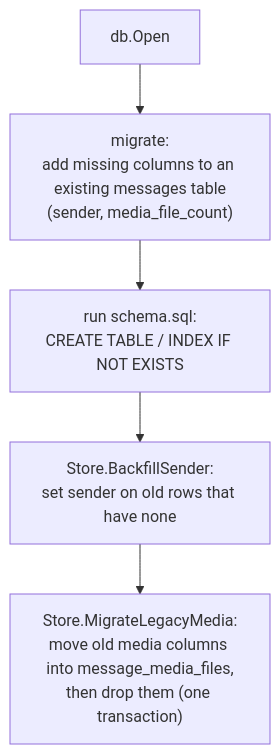
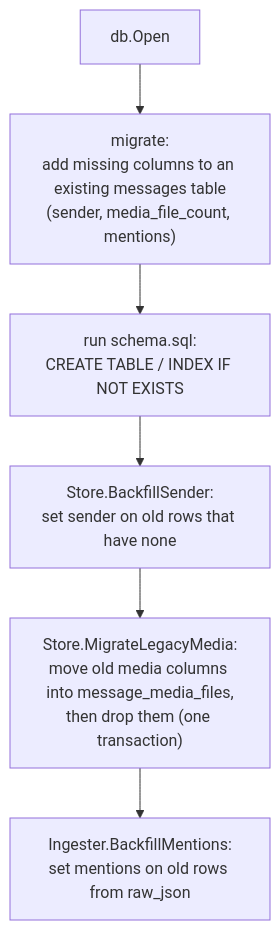
The third of 3 diagrams in docs/DATABASE.md (tongtianqi777/seth-ingestion), drawn with Mermaid before and after one commit. The commit also changed other lines of this file and 9 other files, not shown here.

````diff
--- a/docs/DATABASE.md
+++ b/docs/DATABASE.md
@@ -351,7 +354,8 @@
 ```mermaid
 flowchart TD
-    Open["db.Open"] --> Migrate["migrate:<br/>add missing columns to an existing messages table<br/>(sender, media_file_count)"]
+    Open["db.Open"] --> Migrate["migrate:<br/>add missing columns to an existing messages table<br/>(sender, media_file_count, mentions)"]
     Migrate --> Schema["run schema.sql:<br/>CREATE TABLE / INDEX IF NOT EXISTS"]
     Schema --> Sender["Store.BackfillSender:<br/>set sender on old rows that have none"]
     Sender --> Legacy["Store.MigrateLegacyMedia:<br/>move old media columns into message_media_files,<br/>then drop them (one transaction)"]
+    Legacy --> Mentions["Ingester.BackfillMentions:<br/>set mentions on old rows from raw_json"]
 ```
````
